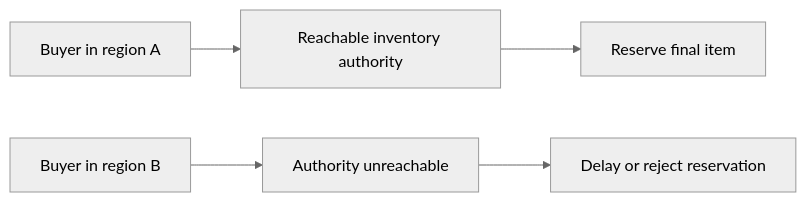
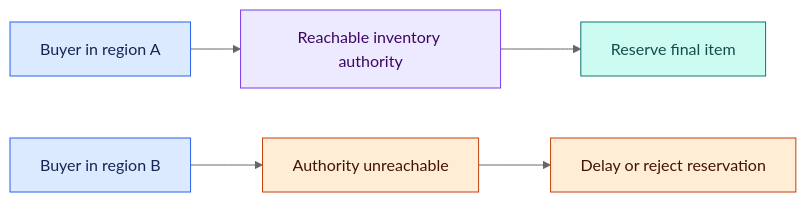
The fourth of 4 diagrams in chapters/01-foundations.md (Shaktiprasadram22/system-design-26-week-roadmap), drawn with Mermaid (neutral theme) before and after one commit. The commit also changed other lines of this file and 21 other files, not shown here.

````diff
--- a/chapters/01-foundations.md
+++ b/chapters/01-foundations.md
@@ -267,7 +299,16 @@
 ```mermaid
 flowchart LR
     A["Buyer in region A"] --> B["Reachable inventory authority"]
     B --> C["Reserve final item"]
     D["Buyer in region B"] --> E["Authority unreachable"]
     E --> F["Delay or reject reservation"]
+
+    classDef input fill:#dbeafe,stroke:#2563eb,color:#172554;
+    classDef service fill:#ede9fe,stroke:#7c3aed,color:#3b0764;
+    classDef data fill:#ccfbf1,stroke:#0f766e,color:#134e4a;
+    classDef edge fill:#ffedd5,stroke:#c2410c,color:#431407;
+    class A,D input;
+    class B service;
+    class C data;
+    class E,F edge;
 ```
````
